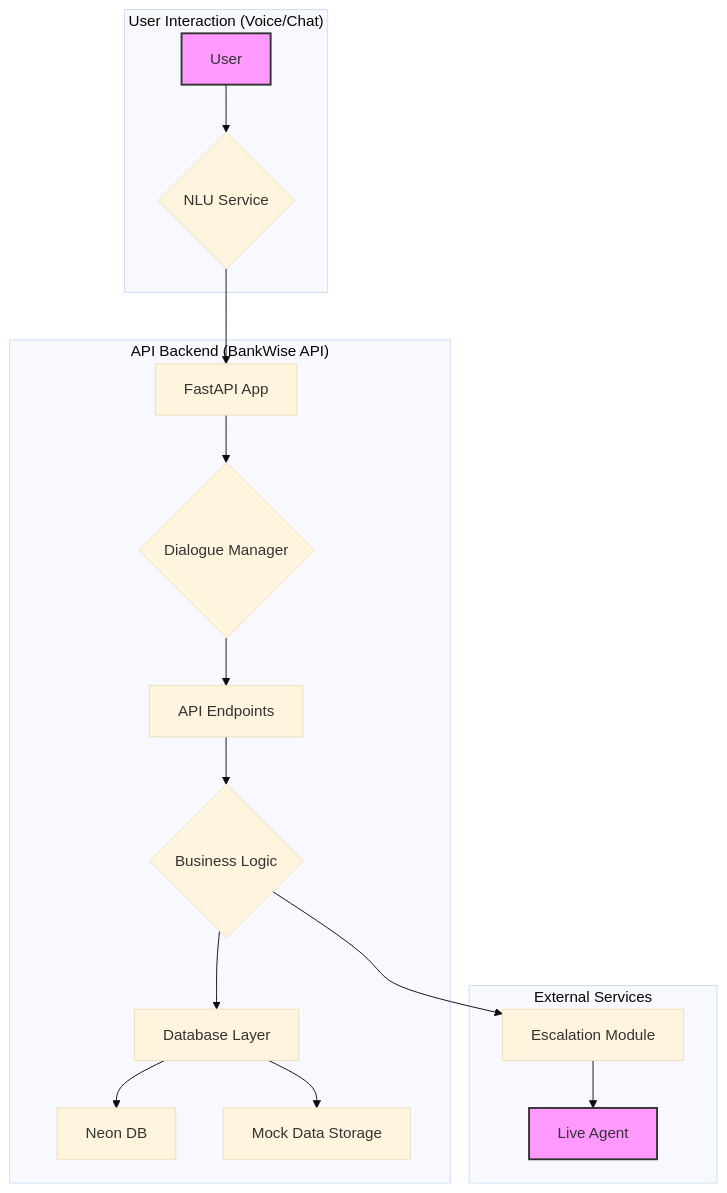
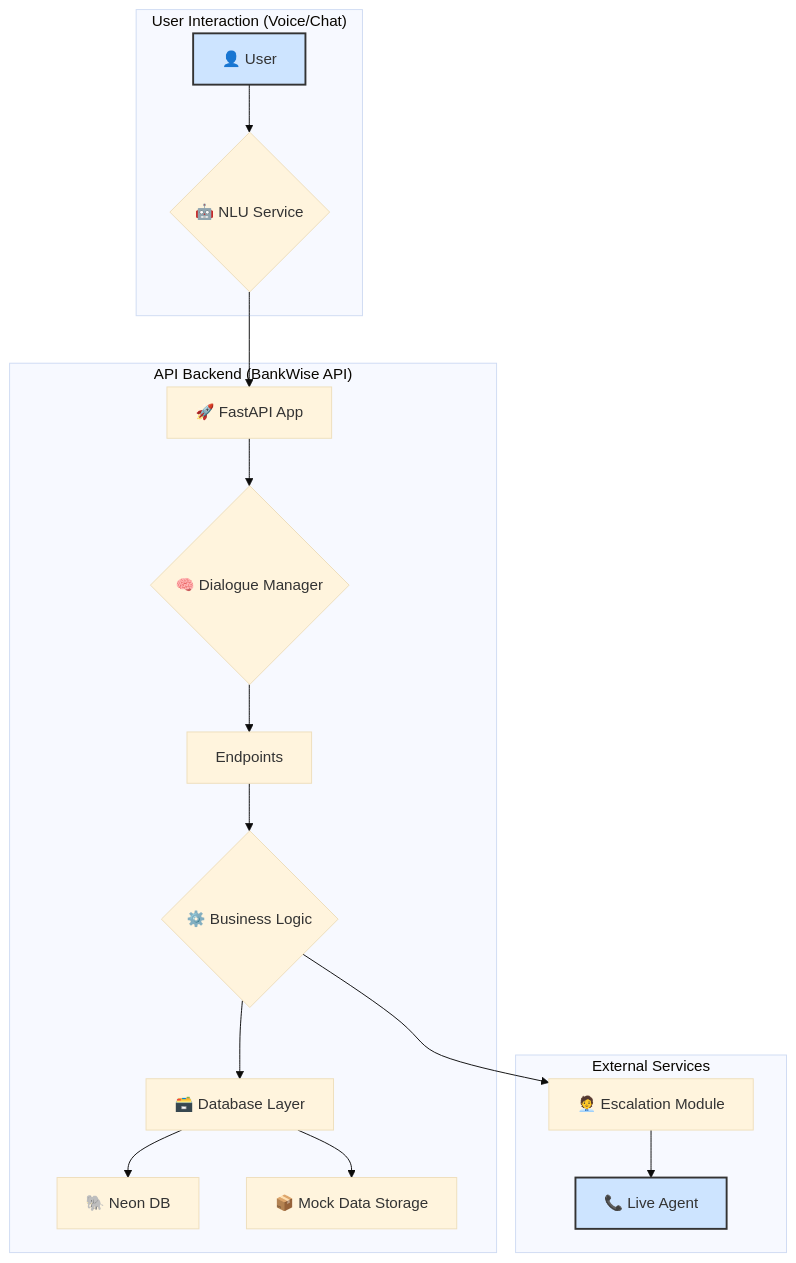
The diagram in README.md (codex-mohan/BankWise), drawn with Mermaid (base theme) before and after one commit. The commit also changed other lines of this file and 7 other files, not shown here.

````diff
--- a/README.md
+++ b/README.md
@@ -13,24 +42,24 @@
 ```mermaid
 graph TD
     subgraph "User Interaction (Voice/Chat)"
-        A[User] --> B{NLU Service};
+        A[👤 User] --> B{🤖 NLU Service};
     end
 
     subgraph "API Backend (BankWise API)"
-        B --> C[FastAPI App];
-        C --> D{Dialogue Manager};
-        D --> E[API Endpoints];
-        E --> F{Business Logic};
-        F --> G[Database Layer];
-        G --> H[Neon DB];
-        G --> I[Mock Data Storage];
+        B --> C[🚀 FastAPI App];
+        C --> D{🧠 Dialogue Manager};
+        D --> E[Endpoints];
+        E --> F{⚙️ Business Logic};
+        F --> G[🗃️ Database Layer];
+        G --> H[🐘 Neon DB];
+        G --> I[📦 Mock Data Storage];
     end
 
     subgraph "External Services"
-        F --> J[Escalation Module];
-        J --> K[Live Agent];
+        F --> J[🧑‍💼 Escalation Module];
+        J --> K[📞 Live Agent];
     end
 
-    style A fill:#f9f,stroke:#333,stroke-width:2px;
-    style K fill:#f9f,stroke:#333,stroke-width:2px;
+    style A fill:#cde4ff,stroke:#333,stroke-width:2px;
+    style K fill:#cde4ff,stroke:#333,stroke-width:2px;
 ```
````
